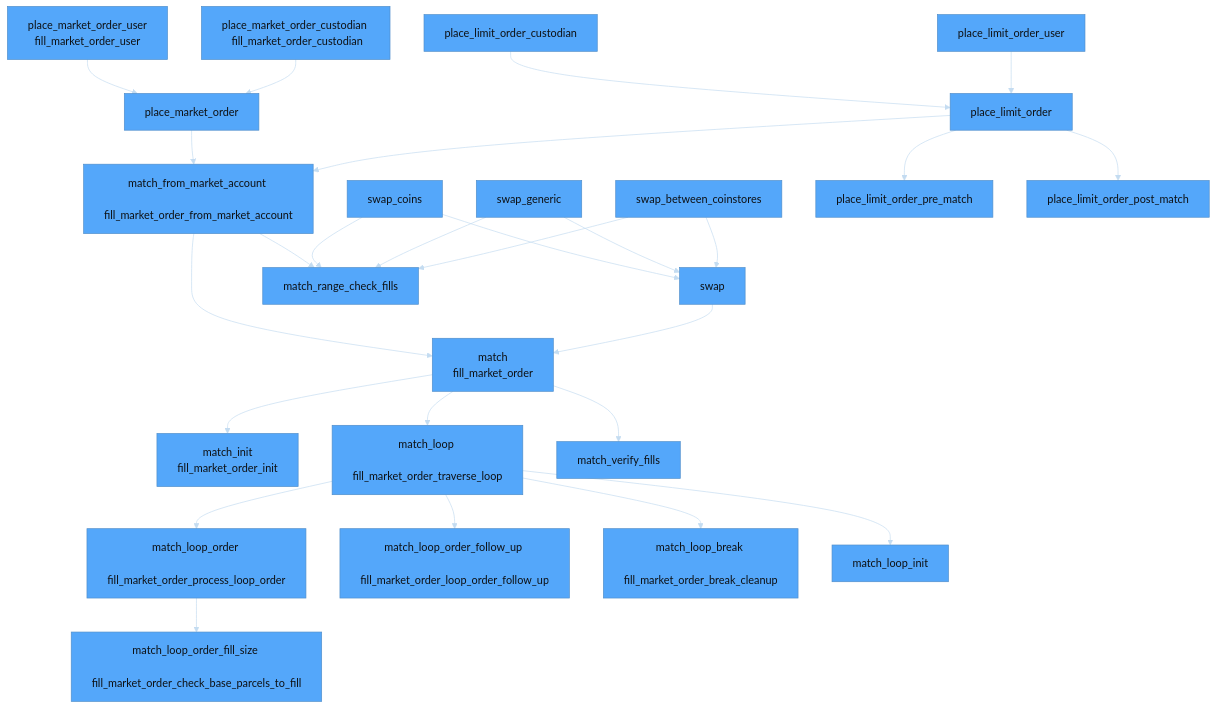
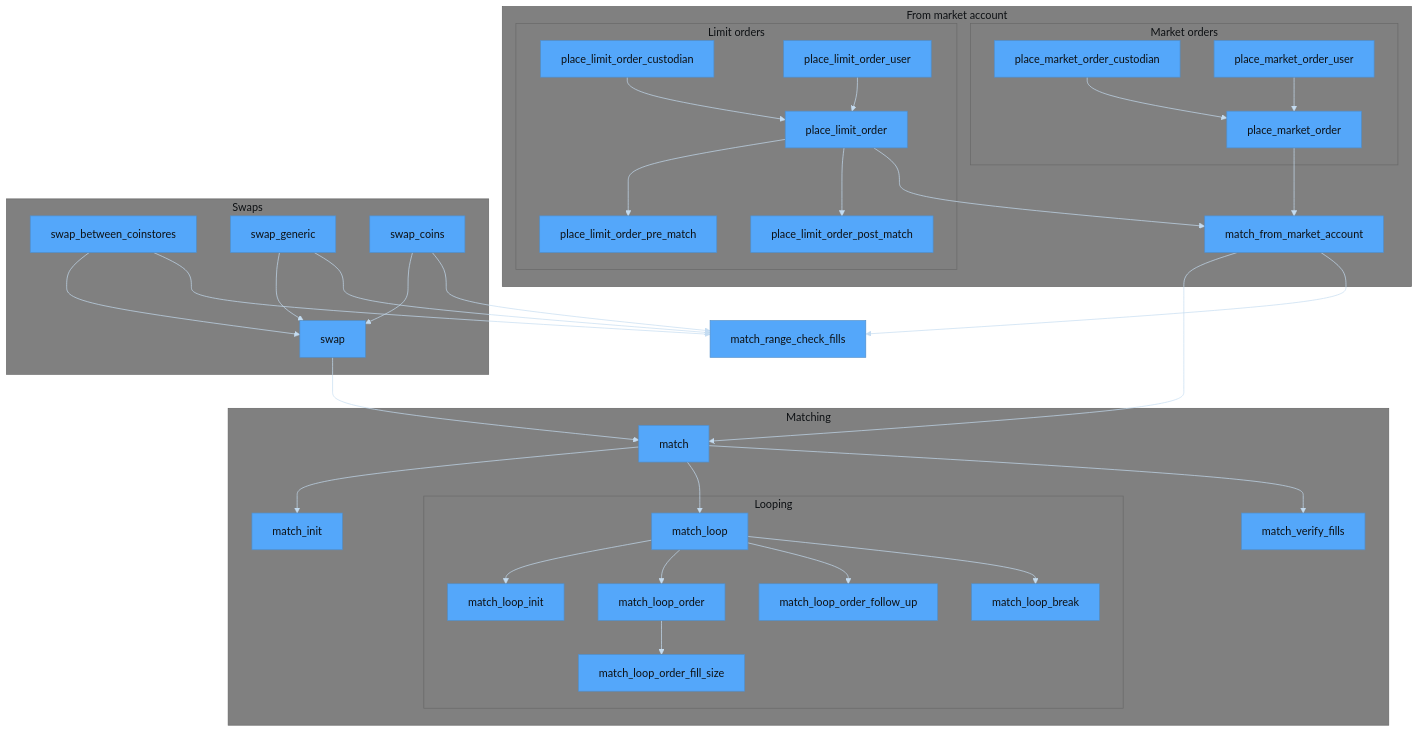
The second of 3 diagrams in src/move/econia/dependencies.md (econia-labs/econia), drawn with Mermaid before and after one commit. The commit also changed other lines of this file and 2 other files, not shown here.

Commit message:
Update dependency charts

````diff
--- a/src/move/econia/dependencies.md
+++ b/src/move/econia/dependencies.md
@@ -60,42 +50,73 @@
 ```mermaid
 
-%%{init: {'theme': 'base', 'themeVariables': {'primaryColor': '#54a7fa', 'lineColor': '#c4dcf1', 'primaryTextColor': '#0d1013', 'secondaryColor': '#c4dcf1'}}}%%
+%%{init: {'theme': 'base', 'themeVariables': {'primaryColor': '#54a7fa', 'lineColor': '#c4dcf1', 'primaryTextColor': '#0d1013', 'secondaryColor': '#c4dcf1', 'tertiaryColor': '#808080', 'tertiaryTextColor': '#0d1013'}}}%%
 
-flowchart TD
+flowchart TB
 
-%% Node definitions
+%% Node relationships
 
-    match[match <br/> fill_market_order]
-    match_from_market_account[match_from_market_account <br/> fill_market_order_from_market_account]
-    match_init[match_init <br> fill_market_order_init]
-    swap[swap]
-    place_market_order[place_market_order]
-    place_market_order_custodian[place_market_order_custodian <br/> fill_market_order_custodian]
-    place_market_order_user[place_market_order_user <br/> fill_market_order_user]
-    place_limit_order[place_limit_order]
-    place_limit_order_custodian[place_limit_order_custodian]
-    place_limit_order_user[place_limit_order_user]
-    match_loop[match_loop <br/> fill_market_order_traverse_loop]
-    match_loop_order[match_loop_order <br/> fill_market_order_process_loop_order]
-    match_loop_order_fill_size[match_loop_order_fill_size <br/> fill_market_order_check_base_parcels_to_fill]
-    match_loop_order_follow_up[match_loop_order_follow_up <br/> fill_market_order_loop_order_follow_up]
-    match_loop_break[match_loop_break <br/> fill_market_order_break_cleanup]
-    swap_coins[swap_coins]
-    swap_generic[swap_generic]
-    match_verify_fills[match_verify_fills]
-    match_loop_init[match_loop_init]
-    match_range_check_fills[match_range_check_fills]
-    swap_between_coinstores[swap_between_coinstores]
-    place_limit_order_pre_match[place_limit_order_pre_match]
-    place_limit_order_post_match[place_limit_order_post_match]
+    subgraph From market account
+
+        subgraph Market orders
+
+        place_market_order_custodian --> place_market_order
+        place_market_order_user --> place_market_order
+
+        end
+
+        subgraph Limit orders
+
+        place_limit_order_custodian --> place_limit_order
+        place_limit_order_user --> place_limit_order
+        place_limit_order --> place_limit_order_pre_match
+        place_limit_order --> place_limit_order_post_match
+
+        end
+
+    place_limit_order --> match_from_market_account
+    place_market_order --> match_from_market_account
+
+    end
+
+    subgraph Swaps
+
+    swap_between_coinstores --> swap
+    swap_generic --> swap
+    swap_coins --> swap
+
+    end
+
+    match_from_market_account --> match
+    match_from_market_account --> match_range_check_fills
+
+    swap_coins --> match_range_check_fills
+    swap_between_coinstores --> match_range_check_fills
+    swap_generic --> match_range_check_fills
+    swap --> match
+
+    subgraph Matching
+
+    match --> match_init
+    match --> match_loop
+
+        subgraph Looping
+
+        match_loop --> match_loop_init
+        match_loop --> match_loop_order
+        match_loop --> match_loop_order_follow_up
+        match_loop --> match_loop_break
+        match_loop_order --> match_loop_order_fill_size
+
+        end
+
+    match --> match_verify_fills
+
+    end
 
 %% Class definitions
 
-    classDef tested_integrated fill:#87cefa %% Light Sky Blue
-    classDef to_test_integrated fill:#ffd700 %% Gold
-    classDef individually_tested fill:#32cd32 %% Lime Green
-    classDef to_review fill:#708090 %% Slate Gray
-    classDef to_test_via_invocation fill:#ffa500 %% Orange
+    classDef individually_tested fill:#ff00ff %% Fuchsia
+    classDef tested_integrated fill:#00ced1 %% Dark Turquoise
     classDef tested_via_invocation fill:#00ff7f %% Spring Green
 
     class place_limit_order_pre_match tested_integrated;
@@ -122,32 +143,4 @@
     class match_loop_init tested_integrated;
     class match_range_check_fills individually_tested;
 
-%% Node relationships
-
-    swap_between_coinstores --> swap
-    swap_between_coinstores --> match_range_check_fills
-    match --> match_verify_fills
-    swap_generic --> match_range_check_fills
-    swap_generic --> swap
-    swap_coins --> swap
-    swap_coins --> match_range_check_fills
-    place_limit_order_user --> place_limit_order
-    place_limit_order_custodian --> place_limit_order
-    place_limit_order --> match_from_market_account
-    place_limit_order --> place_limit_order_pre_match
-    place_limit_order --> place_limit_order_post_match
-    place_market_order --> match_from_market_account
-    place_market_order_custodian --> place_market_order
-    swap --> match
-    place_market_order_user --> place_market_order
-    match --> match_init
-    match --> match_loop
-    match_from_market_account --> match
-    match_from_market_account --> match_range_check_fills
-    match_loop_order --> match_loop_order_fill_size
-    match_loop --> match_loop_init
-    match_loop --> match_loop_order
-    match_loop --> match_loop_order_follow_up
-    match_loop --> match_loop_break
-
 ```
````
